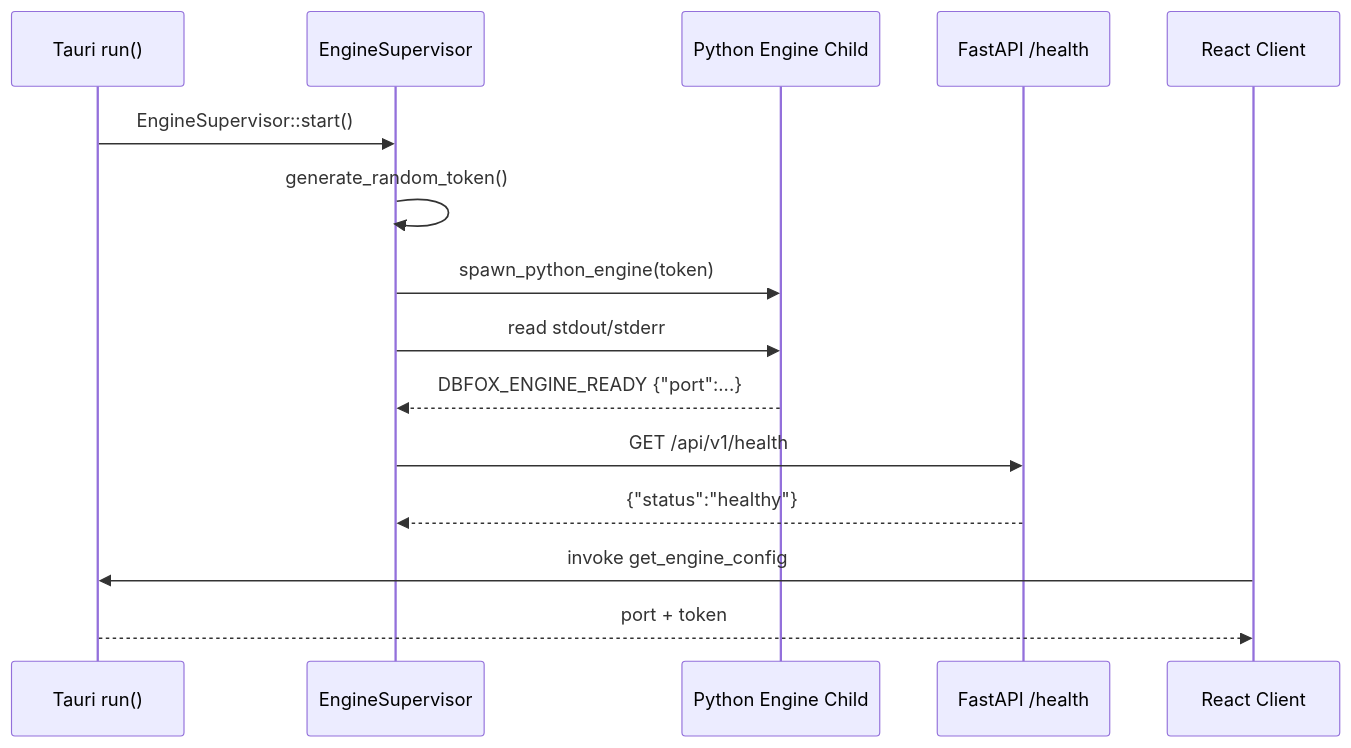
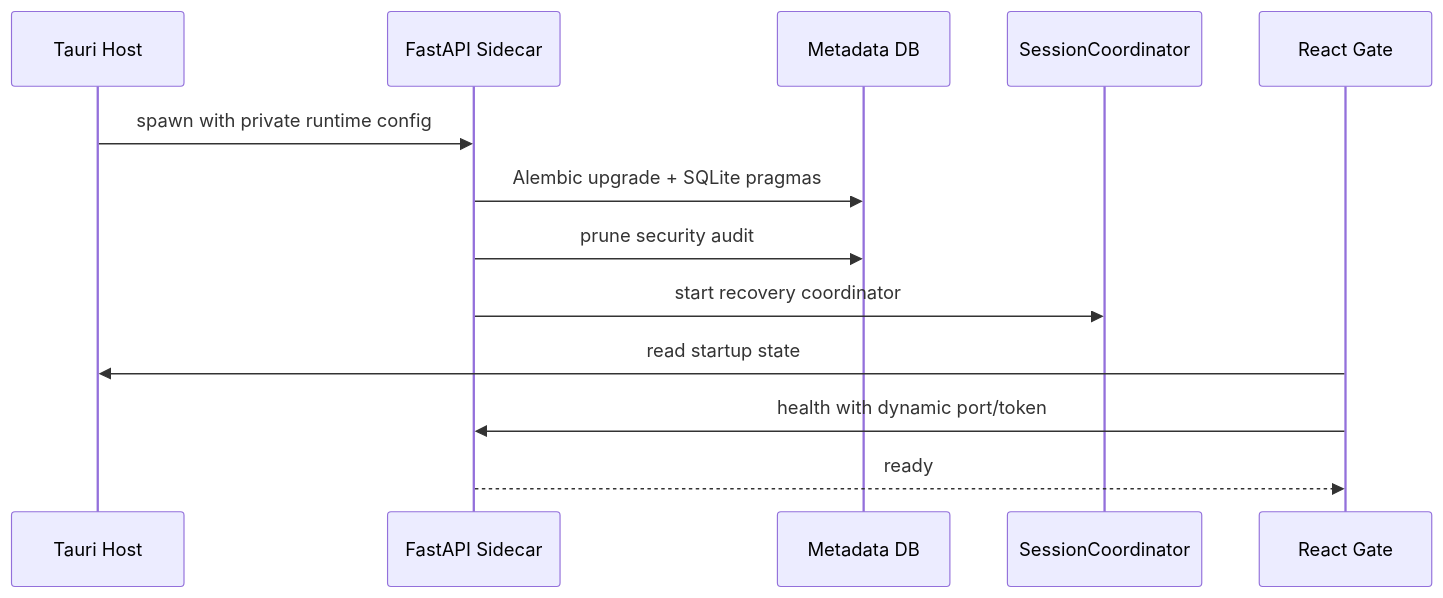
One commit to trrueee/DBFox changed the second of 5 diagrams in docs/functional-modules-and-execution-pipelines.md. Above: the diagram before and after it, drawn with Mermaid. The commit also changed other lines of this file and 24 other files, not shown here.

````diff
--- a/docs/functional-modules-and-execution-pipelines.md
+++ b/docs/functional-modules-and-execution-pipelines.md
@@ -146,18 +180,16 @@
 ```mermaid
 sequenceDiagram
-  participant Tauri as Tauri run()
-  participant Sup as EngineSupervisor
-  participant Child as Python Engine Child
-  participant Engine as FastAPI /health
-  participant UI as React Client
+    participant Host as Tauri Host
+    participant Engine as FastAPI Sidecar
+    participant Meta as Metadata DB
+    participant Coord as SessionCoordinator
+    participant UI as React Gate
 
-  Tauri->>Sup: EngineSupervisor::start()
-  Sup->>Sup: generate_random_token()
-  Sup->>Child: spawn_python_engine(token)
-  Sup->>Child: read stdout/stderr
-  Child-->>Sup: DBFOX_ENGINE_READY {"port":...}
-  Sup->>Engine: GET /api/v1/health
-  Engine-->>Sup: {"status":"healthy"}
-  UI->>Tauri: invoke get_engine_config
-  Tauri-->>UI: port + token
+    Host->>Engine: spawn with private runtime config
+    Engine->>Meta: Alembic upgrade + SQLite pragmas
+    Engine->>Meta: prune security audit
+    Engine->>Coord: start recovery coordinator
+    UI->>Host: read startup state
+    UI->>Engine: health with dynamic port/token
+    Engine-->>UI: ready
 ```
````
